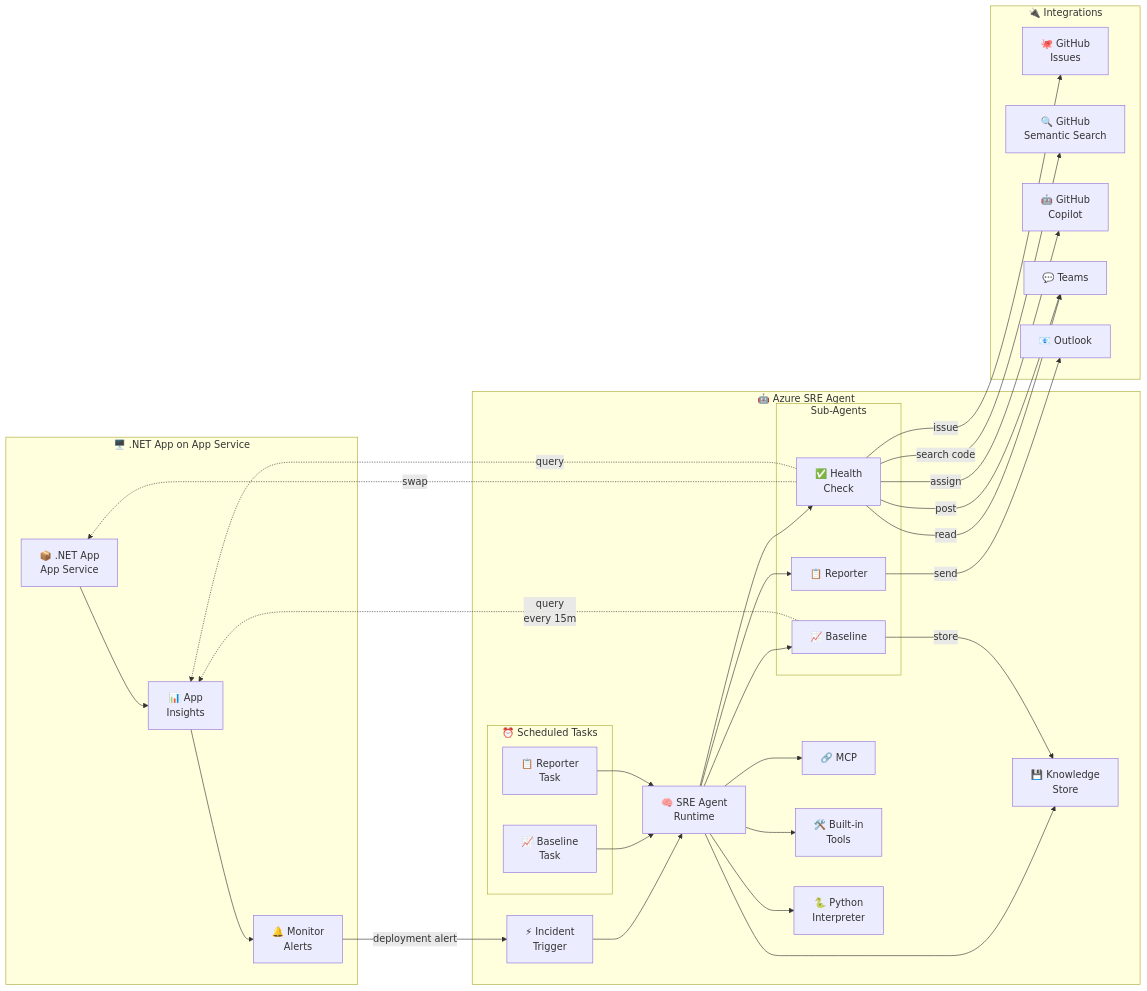
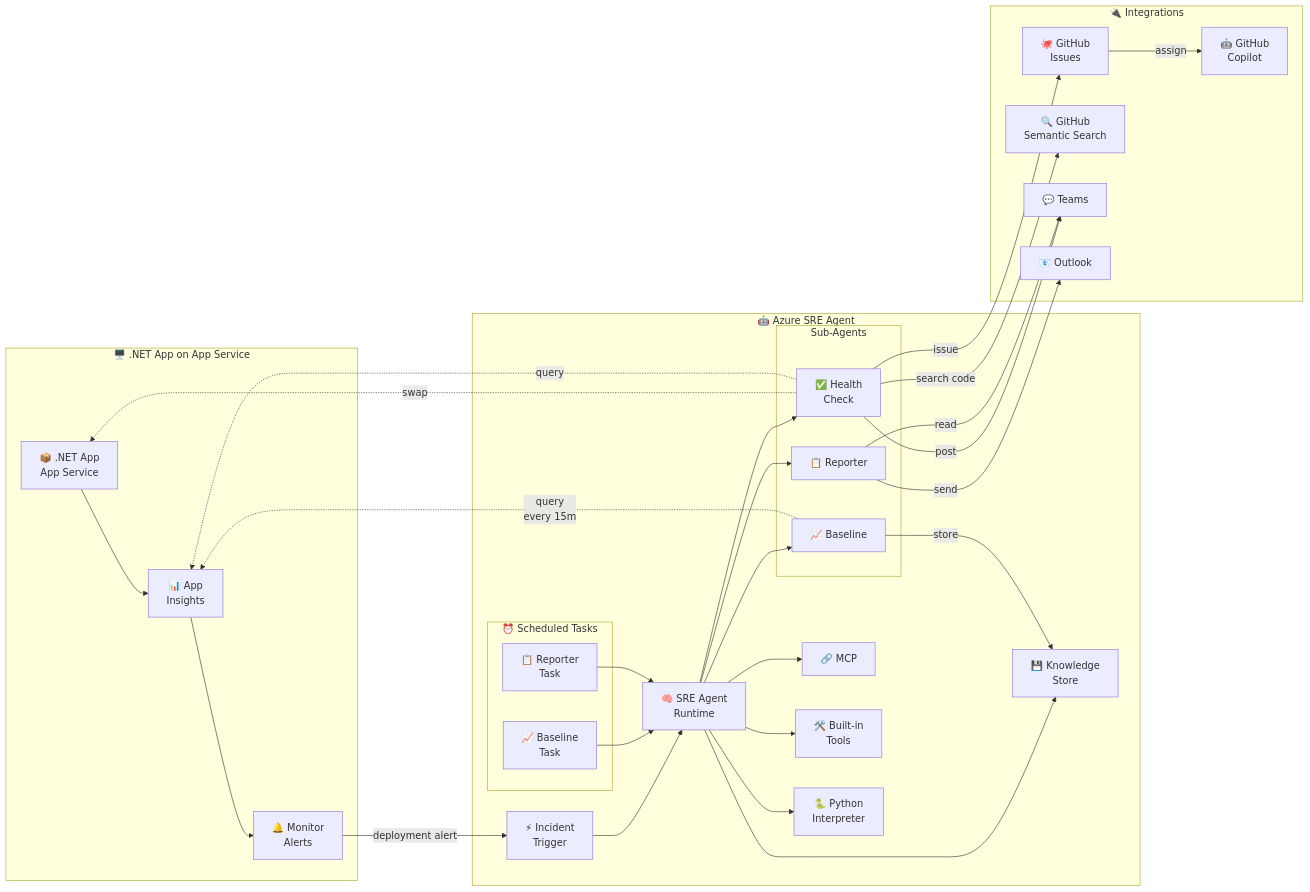
One commit to meetshamir/dotnetday changed the first of 2 diagrams in README.md. Above: the diagram before and after it, drawn with Mermaid.

Commit message:
Fix diagram: GitHubCopilot assign, Reporter reads Teams

````diff
--- a/README.md
+++ b/README.md
@@ -28,66 +28,66 @@
 ```mermaid
 graph LR
     subgraph AppService["🖥️ .NET App on App Service"]
         APP["📦 .NET App<br/>App Service"]
         INSIGHTS["📊 App<br/>Insights"]
         ALERTS["🔔 Monitor<br/>Alerts"]
         APP --> INSIGHTS
         INSIGHTS --> ALERTS
     end
 
     subgraph SREAgent["🤖 Azure SRE Agent"]
         INCIDENT["⚡ Incident<br/>Trigger"]
         
         subgraph ScheduledTasks["⏰ Scheduled Tasks"]
             SCHED_BASELINE["📈 Baseline<br/>Task"]
             SCHED_REPORTER["📋 Reporter<br/>Task"]
         end
         
         RUNTIME["🧠 SRE Agent<br/>Runtime"]
         
         subgraph SubAgents["Sub-Agents"]
             BASELINE["📈 Baseline"]
             HEALTH["✅ Health<br/>Check"]
             REPORTER["📋 Reporter"]
         end
         
         INCIDENT --> RUNTIME
         SCHED_BASELINE --> RUNTIME
         SCHED_REPORTER --> RUNTIME
         RUNTIME --> BASELINE
         RUNTIME --> HEALTH
         RUNTIME --> REPORTER
         
         KNOWLEDGE["💾 Knowledge<br/>Store"]
         MCP["🔗 MCP"]
         TOOLS["🛠️ Built-in<br/>Tools"]
         PYTHON["🐍 Python<br/>Interpreter"]
         
         RUNTIME --> KNOWLEDGE
         RUNTIME --> MCP
         RUNTIME --> TOOLS
         RUNTIME --> PYTHON
     end
 
     subgraph Integrations["🔌 Integrations"]
         GITHUB["🐙 GitHub<br/>Issues"]
         GHSEARCH["🔍 GitHub<br/>Semantic Search"]
         COPILOT["🤖 GitHub<br/>Copilot"]
         TEAMS["💬 Teams"]
         OUTLOOK["📧 Outlook"]
     end
 
     %% Cross-boundary connections
     ALERTS -->|"deployment alert"| INCIDENT
     HEALTH -.->|"swap"| APP
     HEALTH -.->|"query"| INSIGHTS
     BASELINE -.->|"query<br/>every 15m"| INSIGHTS
     
     BASELINE -->|"store"| KNOWLEDGE
     HEALTH -->|"issue"| GITHUB
     HEALTH -->|"search code"| GHSEARCH
-    HEALTH -->|"assign"| COPILOT
-    HEALTH -->|"read"| TEAMS
+    GITHUB -->|"assign"| COPILOT
     HEALTH -->|"post"| TEAMS
+    REPORTER -->|"read"| TEAMS
     REPORTER -->|"send"| OUTLOOK
 ```
````
